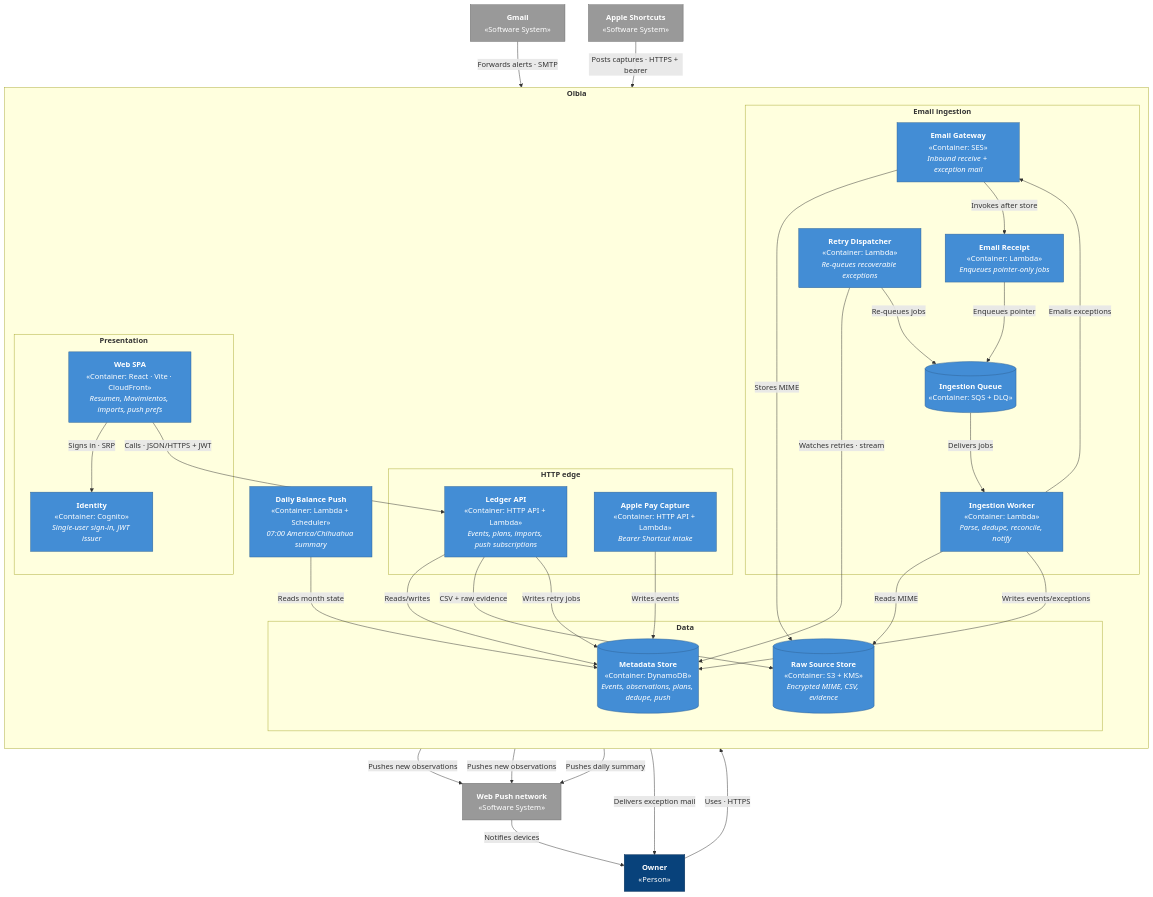
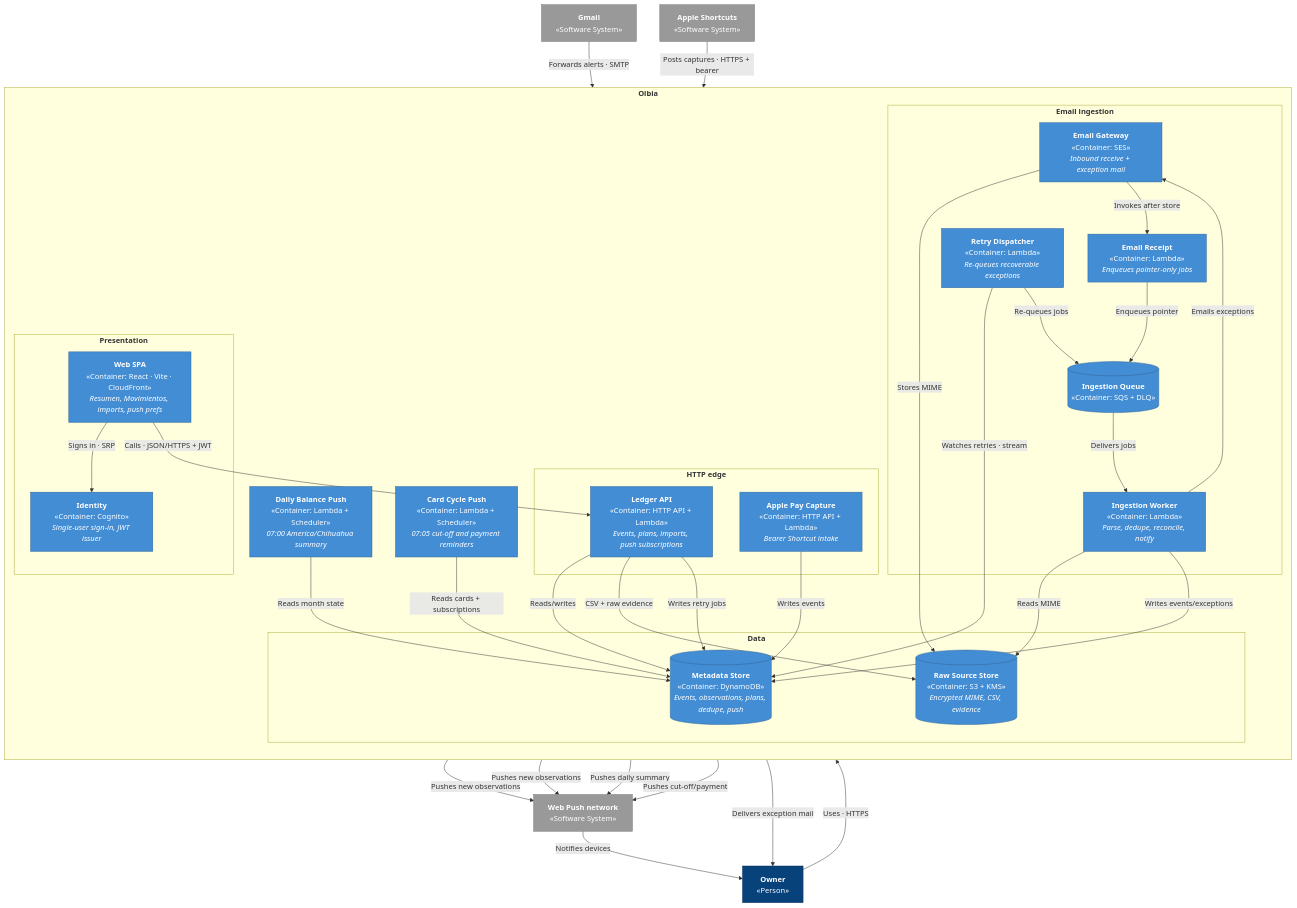
The first of 4 diagrams in docs/architecture.md (DavidCs9/personal-finance-system), drawn with Mermaid before and after one commit. The commit also changed other lines of this file and 22 other files, not shown here.

First line of the commit message:
feat: add card cut-off calendar and payment push reminders

````diff
--- a/docs/architecture.md
+++ b/docs/architecture.md
@@ -83,6 +83,9 @@
     daily["`**Daily Balance Push**
 «Container: Lambda + Scheduler»
 _07:00 America/Chihuahua summary_`"]
+    cardsPush["`**Card Cycle Push**
+«Container: Lambda + Scheduler»
+_07:05 cut-off and payment reminders_`"]
   end
 
   owner -->|"Uses · HTTPS"| spa
@@ -112,10 +115,12 @@
 
   daily -->|"Reads month state"| ddb
   daily -->|"Pushes daily summary"| webpush
+  cardsPush -->|"Reads cards + subscriptions"| ddb
+  cardsPush -->|"Pushes cut-off/payment"| webpush
   webpush -->|"Notifies devices"| owner
 
   class owner person
   class gmail,shortcuts,webpush external
-  class spa,cognito,api,apple,ses,receipt,ingest,retry,daily container
+  class spa,cognito,api,apple,ses,receipt,ingest,retry,daily,cardsPush container
   class queue,ddb,raw store
 ```
````
